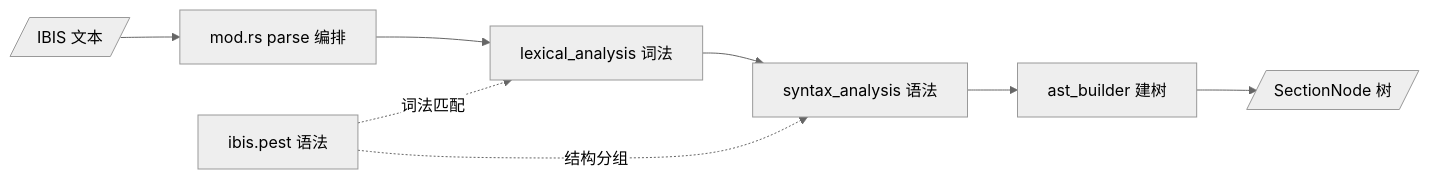
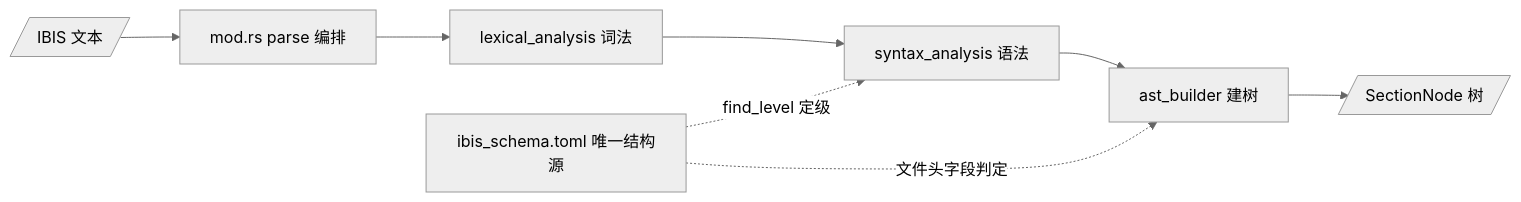
Before and after one commit to ykjoe/IBIS_Parser: the fourth of 6 diagrams in plans/ibis2ibstoml_architecture.md, drawn with Mermaid (neutral theme). The commit also changed other lines of this file and 32 other files, not shown here.

Commit message:
optimize frontend design, discard using pest, use a toml schema

````diff
--- a/plans/ibis2ibstoml_architecture.md
+++ b/plans/ibis2ibstoml_architecture.md
@@ -237,10 +227,10 @@
 ```mermaid
 flowchart LR
     IN[/IBIS 文本/] --> PARSE[mod.rs parse 编排]
     PARSE --> LEX[lexical_analysis 词法]
     LEX --> SYN[syntax_analysis 语法]
     SYN --> AST[ast_builder 建树]
     AST --> OUT[/SectionNode 树/]
-    PEST[ibis.pest 语法] -. 词法匹配 .-> LEX
-    PEST -. 结构分组 .-> SYN
+    SCHEMA[ibis_schema.toml 唯一结构源] -. find_level 定级 .-> SYN
+    SCHEMA -. 文件头字段判定 .-> AST
 ```
````
